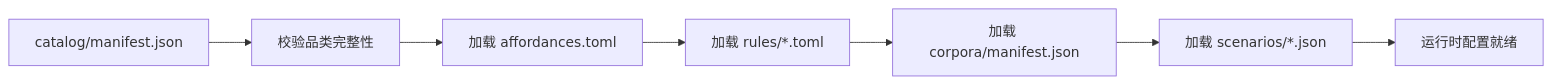
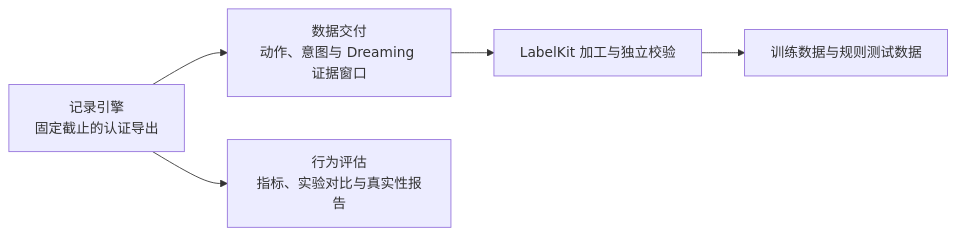
Before and after one commit to HoldThatThgt/WorldMock: the sixth of 7 diagrams in docs/design/01-architecture.md, drawn with Mermaid. The commit also changed other lines of this file and 46 other files, not shown here.

````diff
--- a/docs/design/01-architecture.md
+++ b/docs/design/01-architecture.md
@@ -257,9 +200,7 @@
 ```mermaid
 flowchart LR
-    A[catalog/manifest.json] --> B[校验品类完整性]
-    B --> C[加载 affordances.toml]
-    C --> D[加载 rules/*.toml]
-    D --> E[加载 corpora/manifest.json]
-    E --> F[加载 scenarios/*.json]
-    F --> G[运行时配置就绪]
+    F[记录引擎<br/>固定截止的认证导出] --> W[数据交付<br/>动作、意图与 Dreaming 证据窗口]
+    W --> L[LabelKit 加工与独立校验]
+    L --> O[训练数据与规则测试数据]
+    F --> E[行为评估<br/>指标、实验对比与真实性报告]
 ```
````
